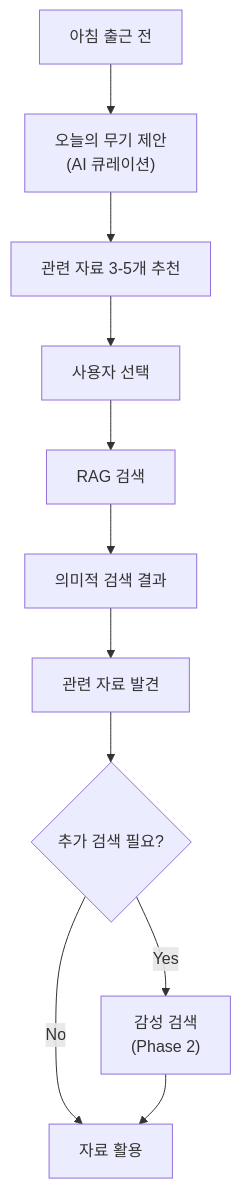
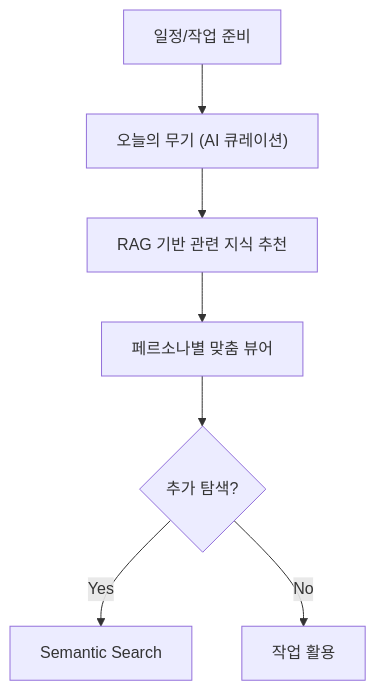
Before and after one commit to gus2902/new_learn: the second of 3 diagrams in docs/프로젝트/output/PHASE5-서비스제안/PHASE5-Step3-서비스구조-2026-01-10.md, drawn with Mermaid. The commit also changed other lines of this file and 25 other files, not shown here.

````diff
--- a/docs/프로젝트/output/PHASE5-서비스제안/PHASE5-Step3-서비스구조-2026-01-10.md
+++ b/docs/프로젝트/output/PHASE5-서비스제안/PHASE5-Step3-서비스구조-2026-01-10.md
@@ -118,15 +107,10 @@
 ```mermaid
 flowchart TB
-    A["아침 출근 전"] --> B["오늘의 무기 제안<br/>(AI 큐레이션)"]
-    B --> C["관련 자료 3-5개 추천"]
-    C --> D["사용자 선택"]
+    A["일정/작업 준비"] --> B["오늘의 무기 (AI 큐레이션)"]
+    B --> C["RAG 기반 관련 지식 추천"]
+    C --> D["페르소나별 맞춤 뷰어"]
     
-    D --> E["RAG 검색"]
-    E --> F["의미적 검색 결과"]
-    F --> G["관련 자료 발견"]
-    
-    G --> H{"추가 검색 필요?"}
-    H -->|Yes| I["감성 검색<br/>(Phase 2)"]
-    H -->|No| J["자료 활용"]
-    I --> J
+    D --> E{"추가 탐색?"}
+    E -->|Yes| F["Semantic Search"]
+    E -->|No| G["작업 활용"]
 ```
````
